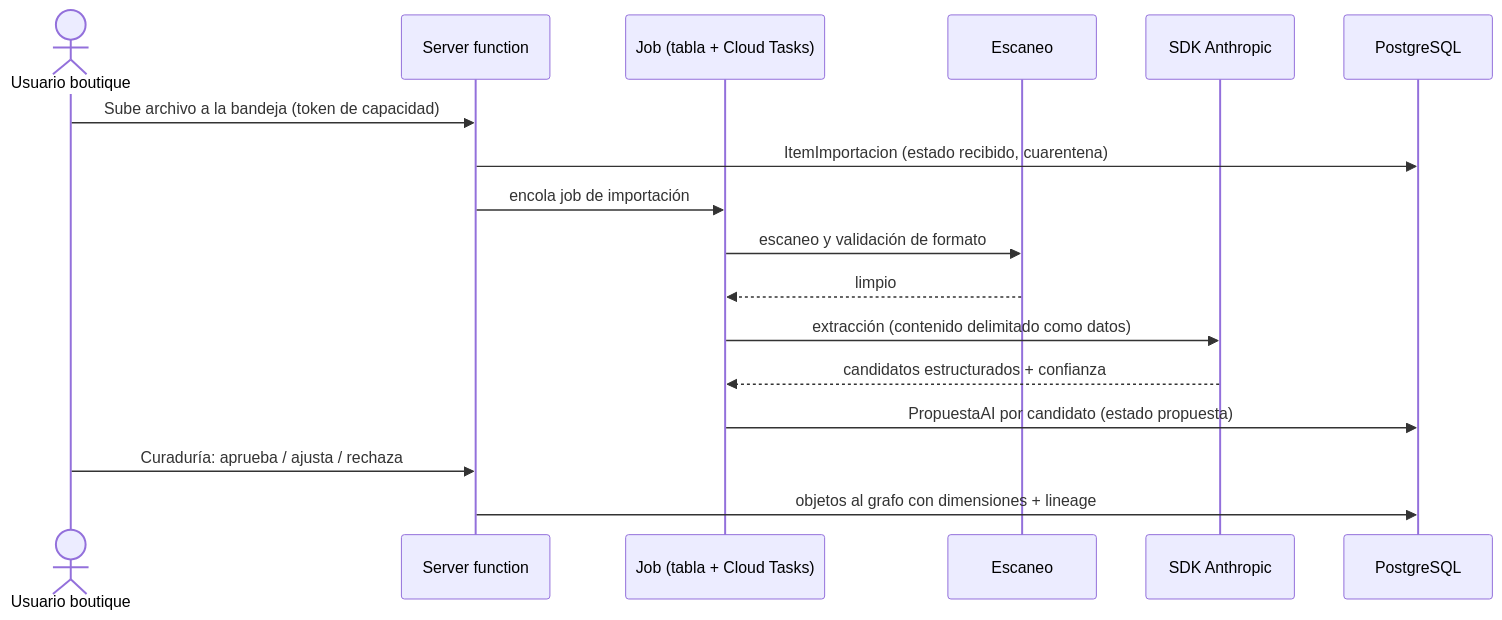
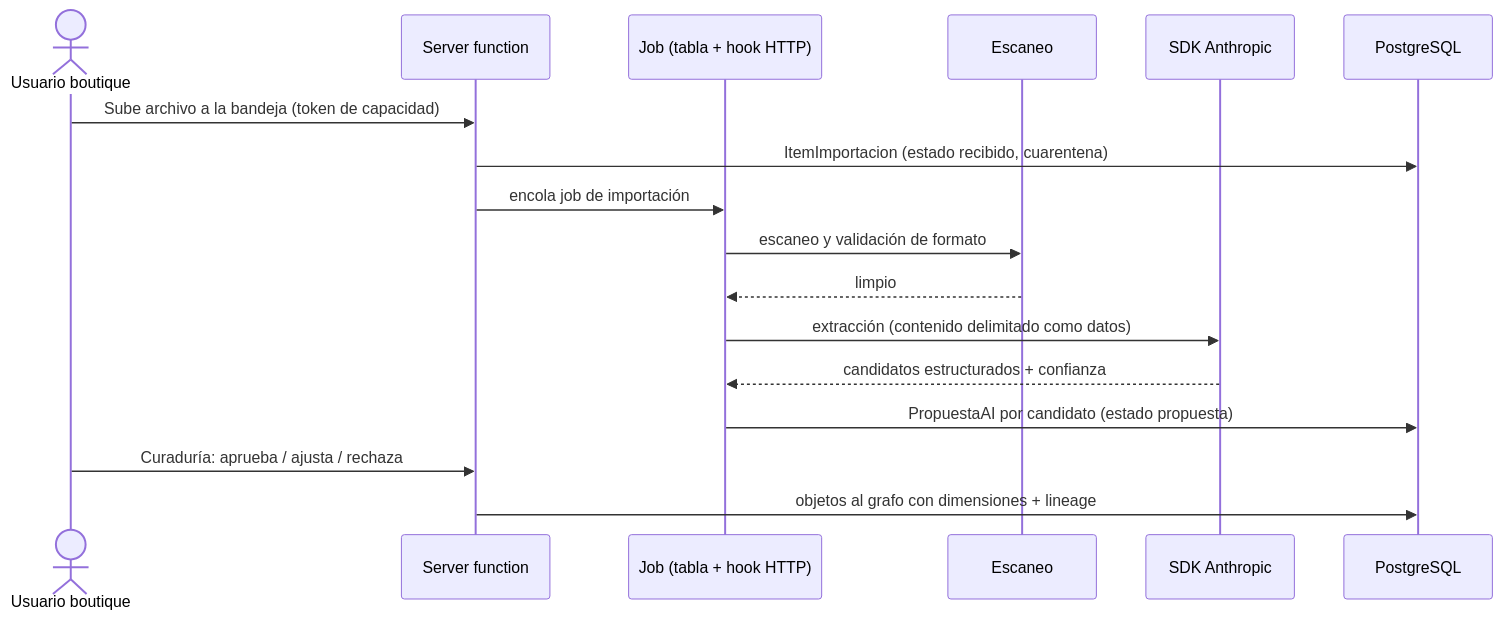
Before and after one commit to jtrujillo-ws/designio-app: the second of 2 diagrams in docs/06-diseno-tecnico/diseno-tecnico.md, drawn with Mermaid. The commit also changed other lines of this file and 6 other files, not shown here.

````diff
--- a/docs/06-diseno-tecnico/diseno-tecnico.md
+++ b/docs/06-diseno-tecnico/diseno-tecnico.md
@@ -179,20 +179,20 @@
 ```mermaid
 sequenceDiagram
   actor U as Usuario boutique
   participant W as Server function
-  participant J as Job (tabla + Cloud Tasks)
+  participant J as Job (tabla + hook HTTP)
   participant AV as Escaneo
   participant AI as SDK Anthropic
   participant PG as PostgreSQL
 
   U->>W: Sube archivo a la bandeja (token de capacidad)
   W->>PG: ItemImportacion (estado recibido, cuarentena)
   W->>J: encola job de importación
   J->>AV: escaneo y validación de formato
   AV-->>J: limpio
   J->>AI: extracción (contenido delimitado como datos)
   AI-->>J: candidatos estructurados + confianza
   J->>PG: PropuestaAI por candidato (estado propuesta)
   U->>W: Curaduría: aprueba / ajusta / rechaza
   W->>PG: objetos al grafo con dimensiones + lineage
 ```
````
